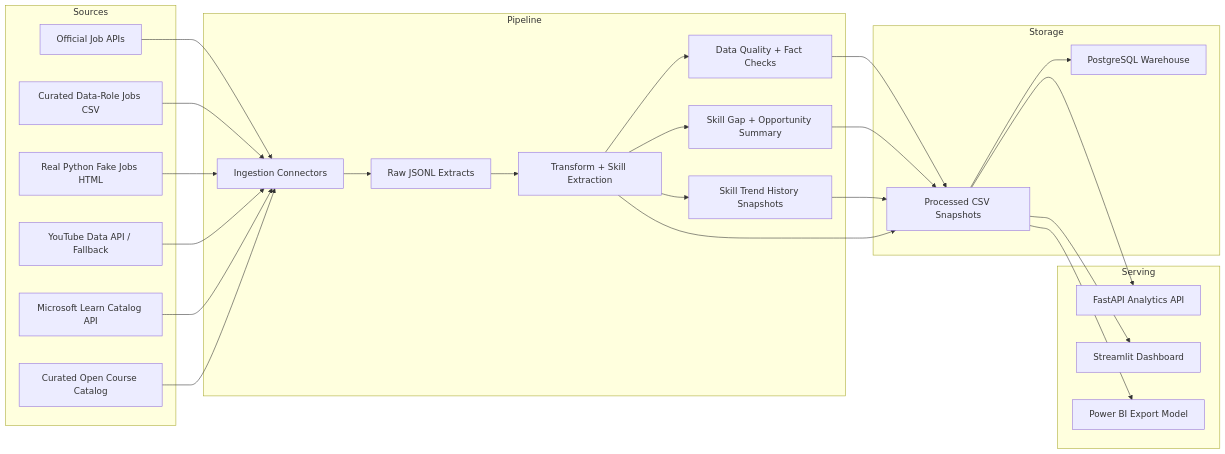
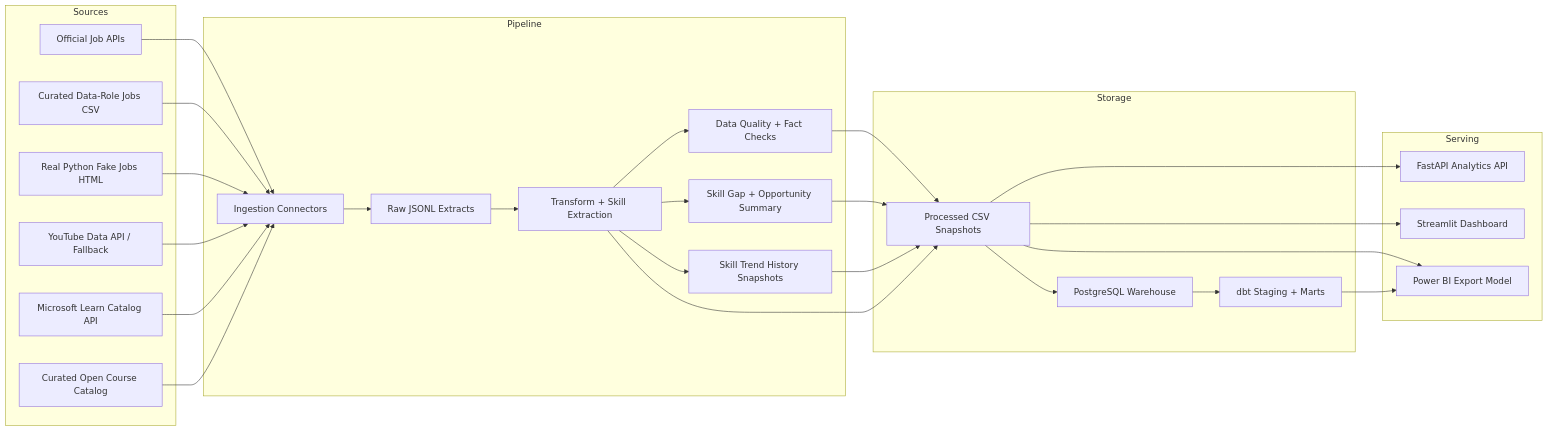
Before and after one commit to Sarthak2661/SkillSync: the diagram in README.md, drawn with Mermaid. The commit also changed other lines of this file and 48 other files, not shown here.

````diff
--- a/README.md
+++ b/README.md
@@ -78,51 +82,54 @@
 ```mermaid
 flowchart LR
     subgraph Sources
         J1["Official Job APIs"]
         J2["Curated Data-Role Jobs CSV"]
         J3["Real Python Fake Jobs HTML"]
         C1["YouTube Data API / Fallback"]
         C2["Microsoft Learn Catalog API"]
         C3["Curated Open Course Catalog"]
     end
 
     subgraph Pipeline
         I["Ingestion Connectors"]
         R["Raw JSONL Extracts"]
         T["Transform + Skill Extraction"]
         Q["Data Quality + Fact Checks"]
         G["Skill Gap + Opportunity Summary"]
         H["Skill Trend History Snapshots"]
     end
 
     subgraph Storage
         CSV["Processed CSV Snapshots"]
         PG["PostgreSQL Warehouse"]
+        DBT["dbt Staging + Marts"]
     end
 
     subgraph Serving
         API["FastAPI Analytics API"]
         ST["Streamlit Dashboard"]
         PBI["Power BI Export Model"]
     end
 
     J1 --> I
     J2 --> I
     J3 --> I
     C1 --> I
     C2 --> I
     C3 --> I
     I --> R
     R --> T
     T --> Q
     T --> G
     T --> H
     Q --> CSV
     G --> CSV
     H --> CSV
     T --> CSV
     CSV --> API
     CSV --> ST
     CSV --> PBI
     CSV --> PG
+    PG --> DBT
+    DBT --> PBI
 ```
````
